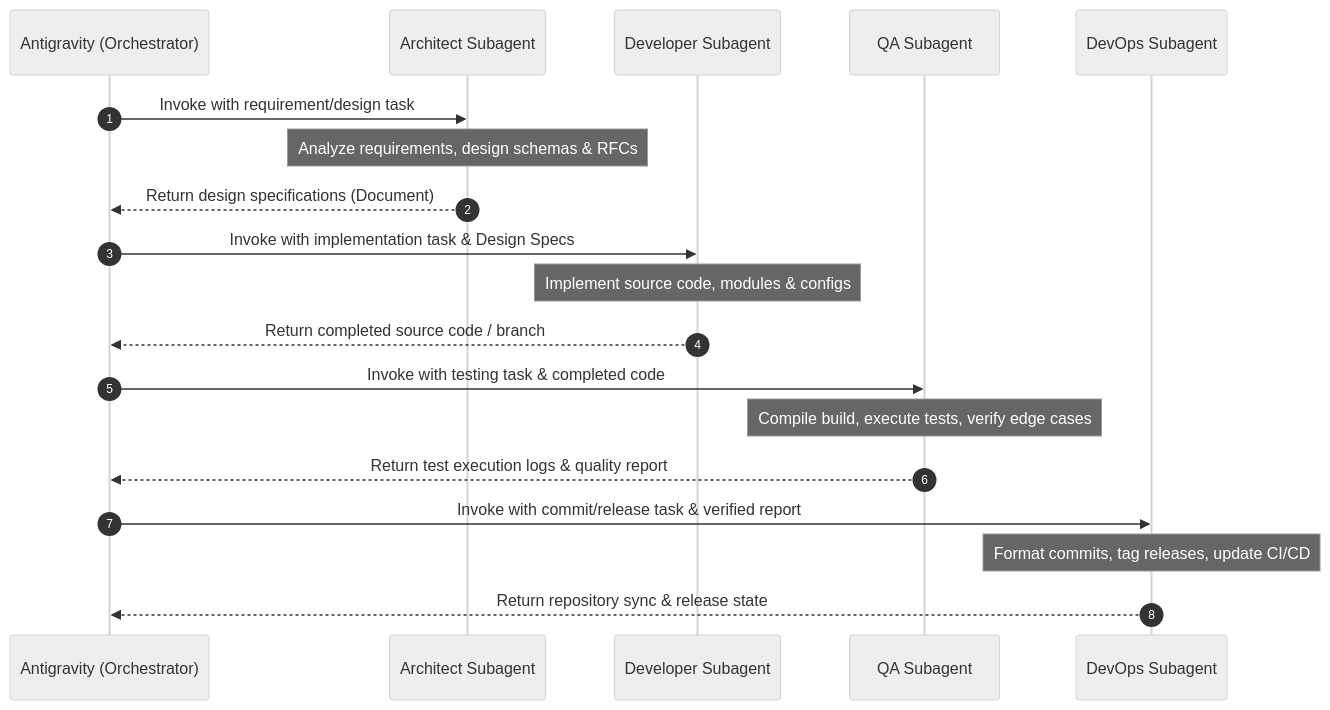
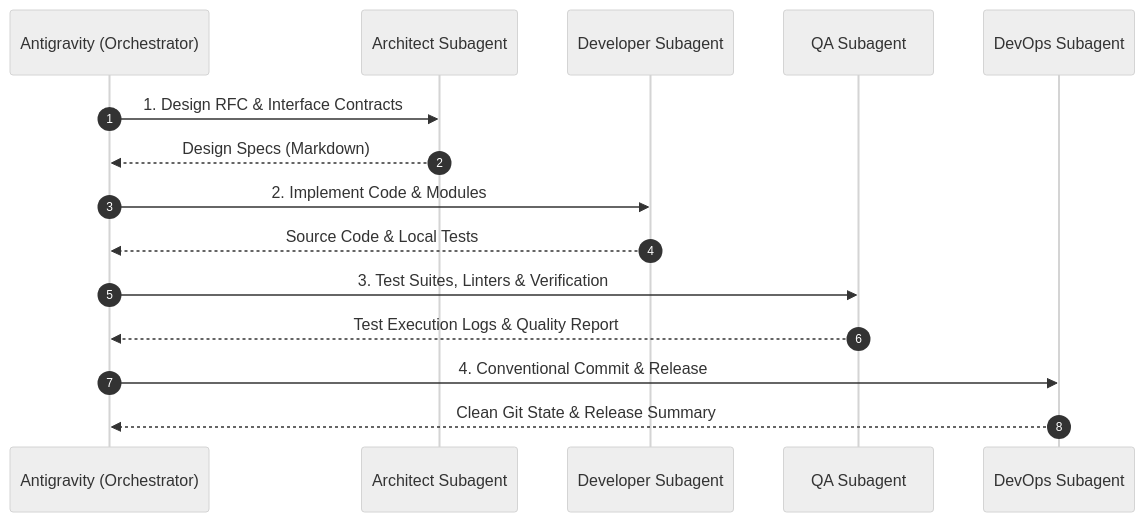
Before and after one commit to kuperliu-alt/scc-multicloud-sec: the diagram in .agents/AGENTS.md, drawn with Mermaid (neutral theme). The commit also changed other lines of this file, not shown here.

Commit message:
docs(agents): optimize AGENTS.md with flexible dispatching modes and security invariant

````diff
--- a/.agents/AGENTS.md
+++ b/.agents/AGENTS.md
@@ -75,25 +76,18 @@
 ```mermaid
 sequenceDiagram
     autonumber
     participant Main as Antigravity (Orchestrator)
     participant Arch as Architect Subagent
     participant Dev as Developer Subagent
     participant QA as QA Subagent
     participant Ops as DevOps Subagent
     
-    Main->>Arch: Invoke with requirement/design task
-    Note over Arch: Analyze requirements, design schemas & RFCs
-    Arch-->>Main: Return design specifications (Document)
-    
-    Main->>Dev: Invoke with implementation task & Design Specs
-    Note over Dev: Implement source code, modules & configs
-    Dev-->>Main: Return completed source code / branch
-    
-    Main->>QA: Invoke with testing task & completed code
-    Note over QA: Compile build, execute tests, verify edge cases
-    QA-->>Main: Return test execution logs & quality report
-    
-    Main->>Ops: Invoke with commit/release task & verified report
-    Note over Ops: Format commits, tag releases, update CI/CD
-    Ops-->>Main: Return repository sync & release state
+    Main->>Arch: 1. Design RFC & Interface Contracts
+    Arch-->>Main: Design Specs (Markdown)
+    Main->>Dev: 2. Implement Code & Modules
+    Dev-->>Main: Source Code & Local Tests
+    Main->>QA: 3. Test Suites, Linters & Verification
+    QA-->>Main: Test Execution Logs & Quality Report
+    Main->>Ops: 4. Conventional Commit & Release
+    Ops-->>Main: Clean Git State & Release Summary
 ```
````
